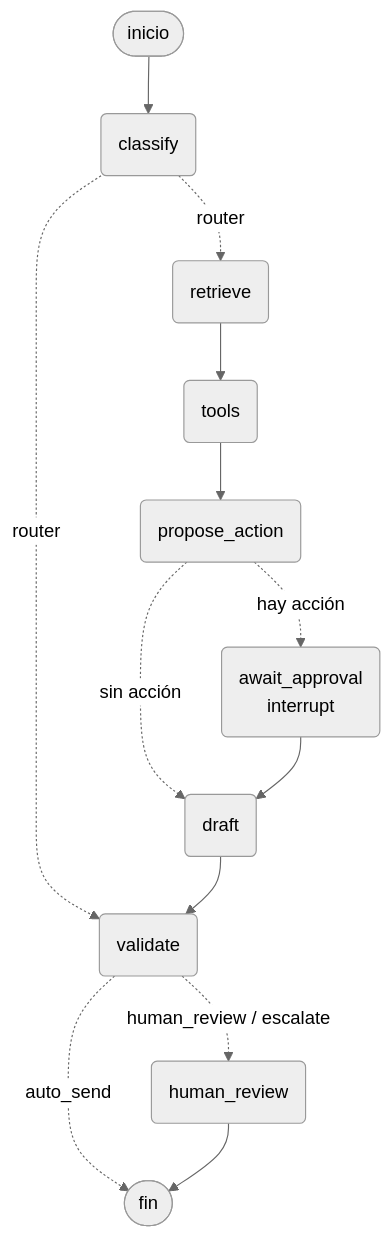
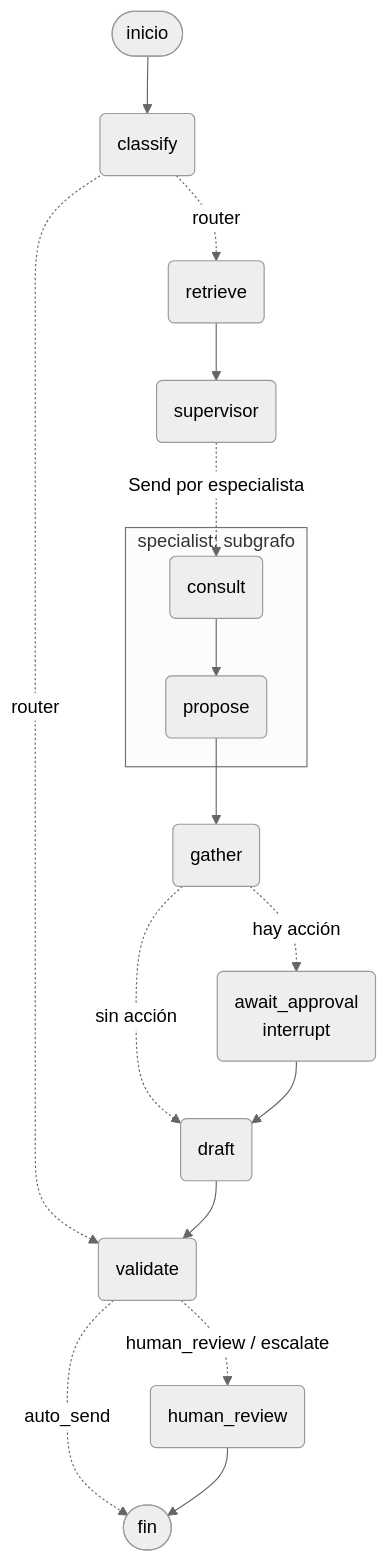
One commit to pedropancorbo14/AI-Mail-Automation-Platform changed the third of 7 diagrams in ai-service/README.md. Above: the diagram before and after it, drawn with Mermaid (neutral theme). The commit also changed other lines of this file and 28 other files, not shown here.

````diff
--- a/ai-service/README.md
+++ b/ai-service/README.md
@@ -132,25 +133,31 @@
 ```mermaid
 graph TD;
 	__start__([inicio]):::first
 	classify(classify)
 	retrieve(retrieve)
-	tools(tools)
-	propose_action(propose_action)
+	supervisor(supervisor)
+	gather(gather)
 	await_approval(await_approval<br/>interrupt)
 	draft(draft)
 	validate(validate)
 	human_review(human_review)
 	__end__([fin]):::last
 	__start__ --> classify;
 	classify -. router .-> retrieve;
 	classify -. router .-> validate;
-	retrieve --> tools;
-	tools --> propose_action;
-	propose_action -. hay acción .-> await_approval;
-	propose_action -. sin acción .-> draft;
+	retrieve --> supervisor;
+	supervisor -. Send por especialista .-> specialist_consult;
+	specialist_propose --> gather;
+	gather -. hay acción .-> await_approval;
+	gather -. sin acción .-> draft;
 	await_approval --> draft;
 	draft --> validate;
 	validate -. auto_send .-> __end__;
 	validate -. human_review / escalate .-> human_review;
 	human_review --> __end__;
+	subgraph specialist [specialist: subgrafo]
+	specialist_consult(consult)
+	specialist_propose(propose)
+	specialist_consult --> specialist_propose;
+	end
 ```
````
